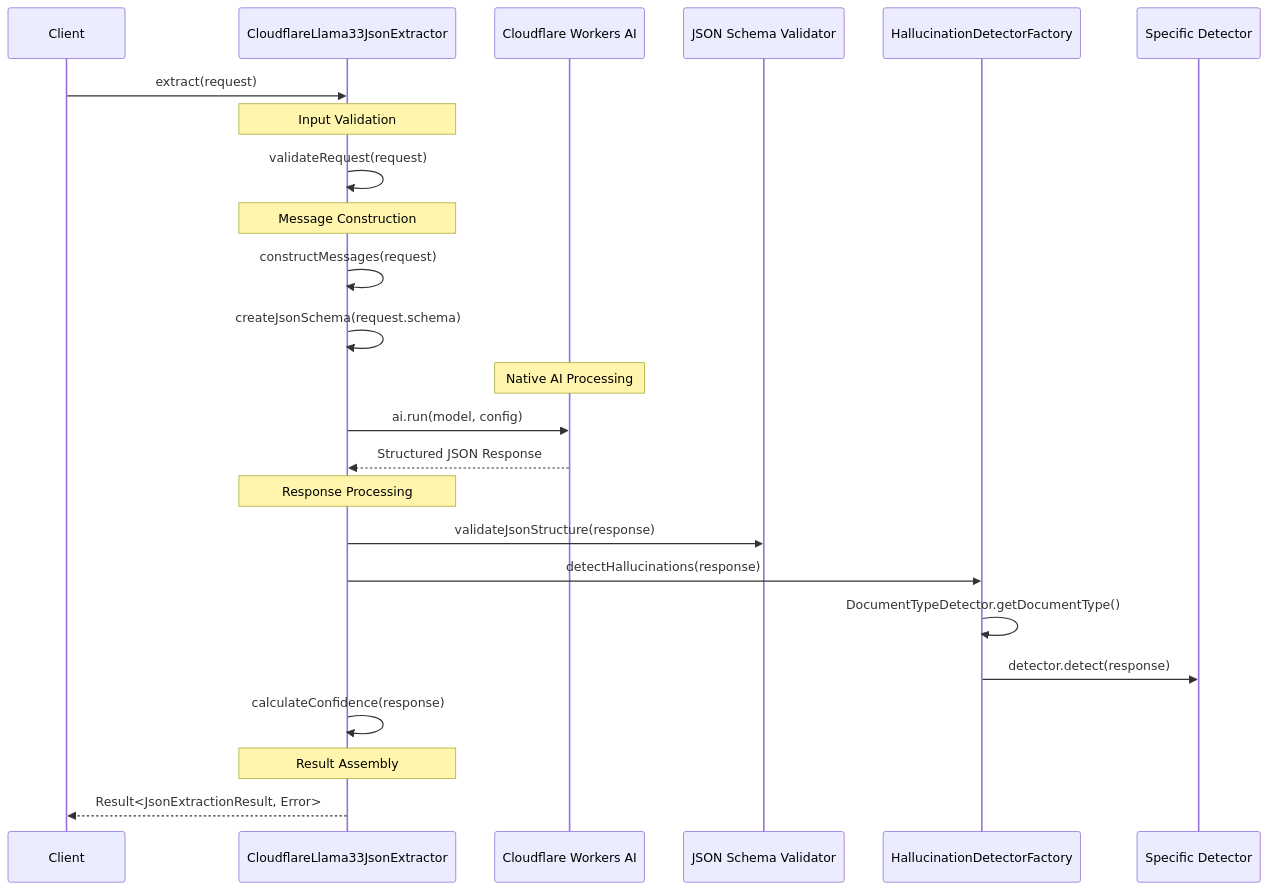
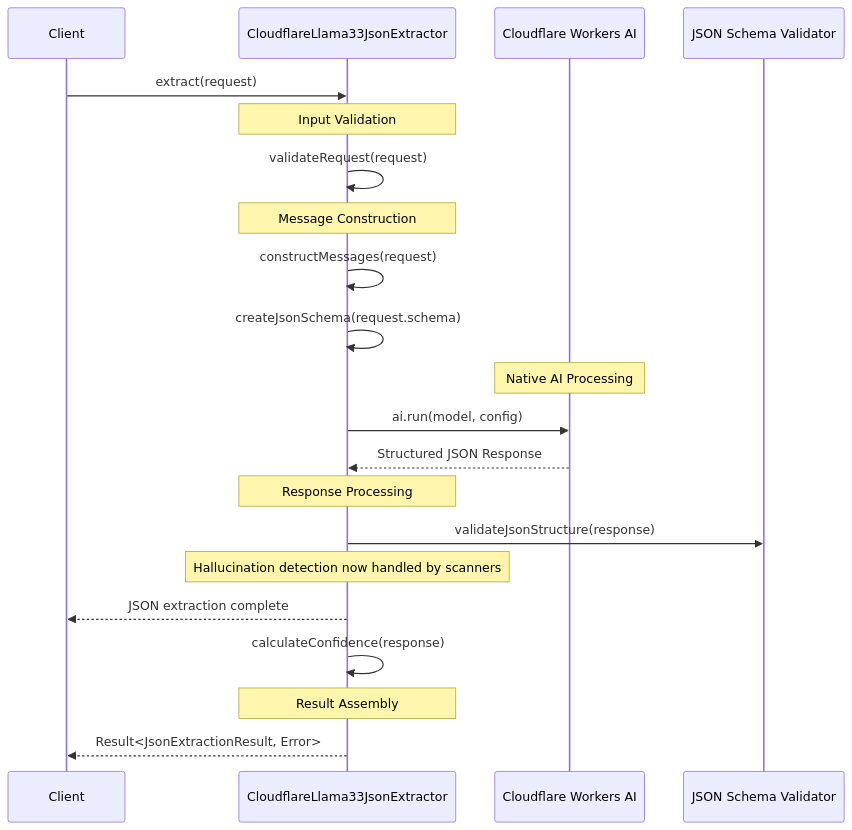
Before and after one commit to o2alexanderfedin/OCRChecksServer-demo: the fifth of 7 diagrams in docs/features/json-extraction/cloudflare-json-extractor-design.md, drawn with Mermaid. The commit also changed other lines of this file and 3 other files, not shown here.

First line of the commit message:
docs: update architecture documentation for scanner-based hallucination detection

````diff
--- a/docs/features/json-extraction/cloudflare-json-extractor-design.md
+++ b/docs/features/json-extraction/cloudflare-json-extractor-design.md
@@ -179,32 +179,29 @@
 ```mermaid
 sequenceDiagram
     participant Client
     participant Extractor as CloudflareLlama33JsonExtractor
     participant AI as Cloudflare Workers AI
     participant Schema as JSON Schema Validator
-    participant Factory as HallucinationDetectorFactory
-    participant Detector as Specific Detector
     
     Client->>Extractor: extract(request)
     
     Note over Extractor: Input Validation
     Extractor->>Extractor: validateRequest(request)
     
     Note over Extractor: Message Construction
     Extractor->>Extractor: constructMessages(request)
     Extractor->>Extractor: createJsonSchema(request.schema)
     
     Note over AI: Native AI Processing
     Extractor->>AI: ai.run(model, config)
     AI-->>Extractor: Structured JSON Response
     
     Note over Extractor: Response Processing
     Extractor->>Schema: validateJsonStructure(response)
-    Extractor->>Factory: detectHallucinations(response)
-    Factory->>Factory: DocumentTypeDetector.getDocumentType()
-    Factory->>Detector: detector.detect(response)
+    Note over Extractor: Hallucination detection now handled by scanners
+    Extractor-->>Client: JSON extraction complete
     Extractor->>Extractor: calculateConfidence(response)
     
     Note over Extractor: Result Assembly
     Extractor-->>Client: Result<JsonExtractionResult, Error>
 ```
````
